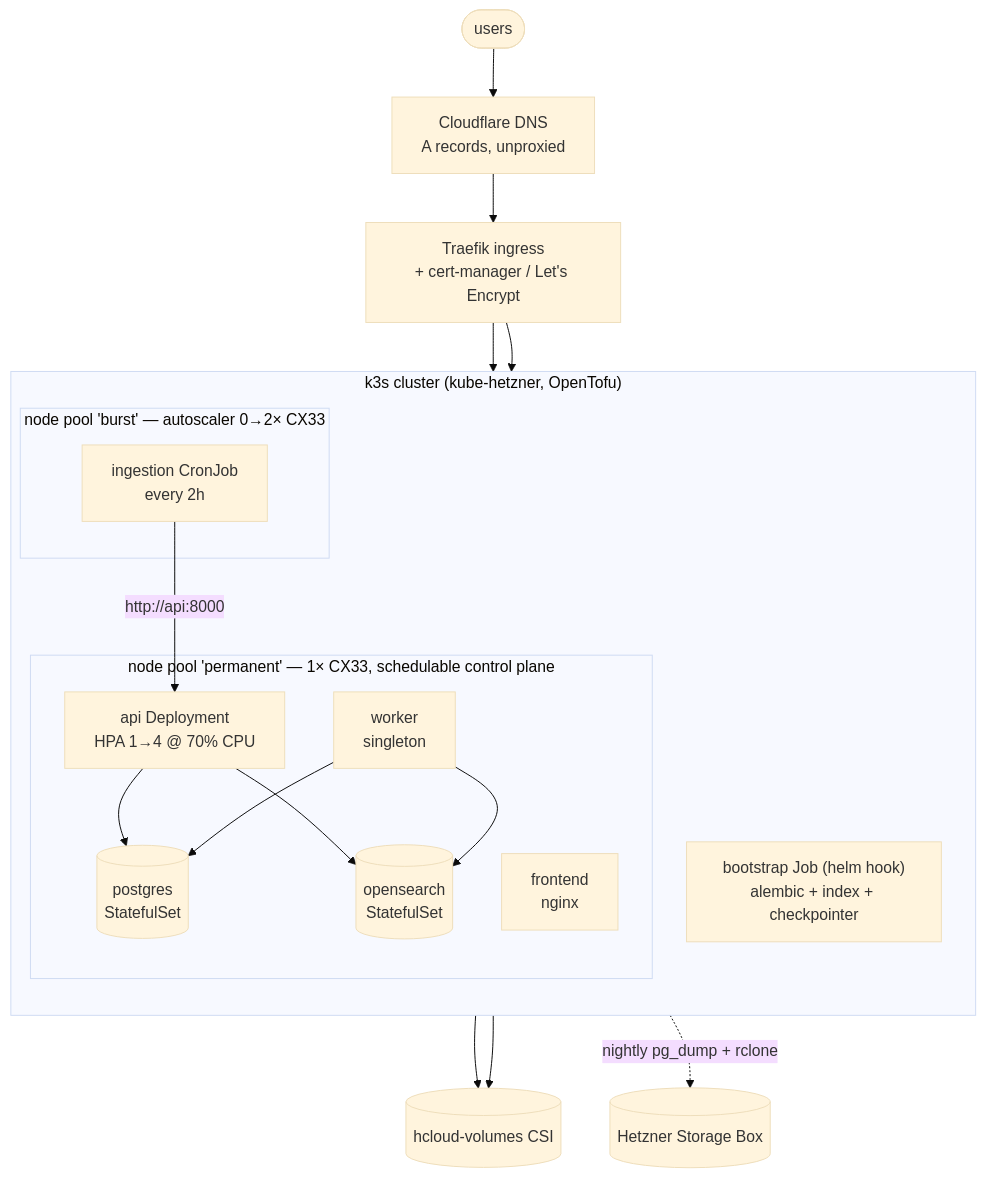
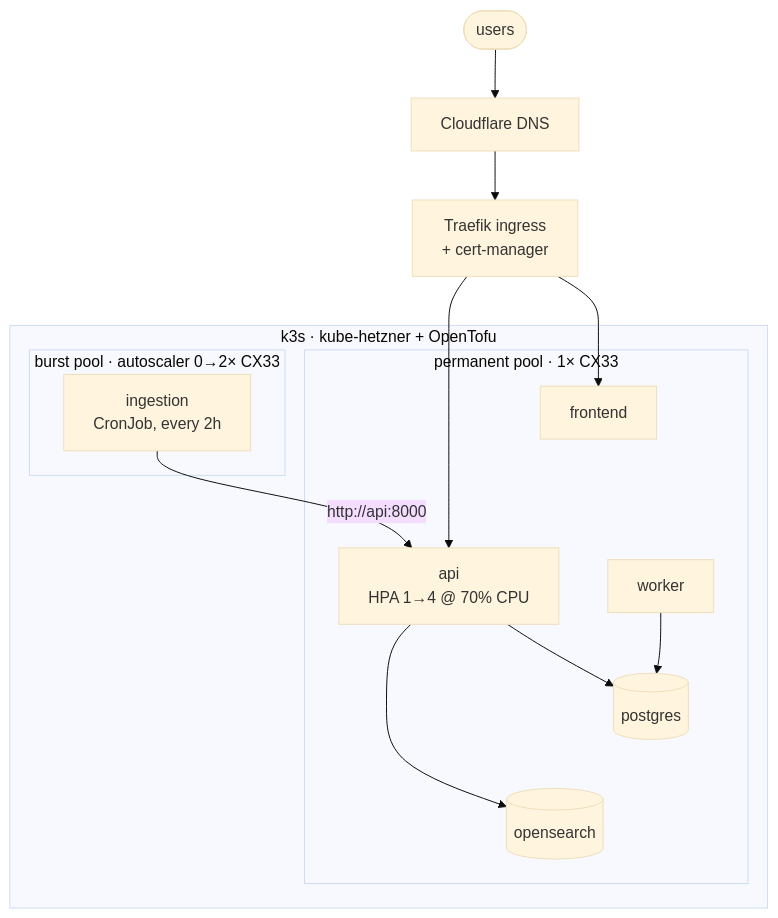
Before and after one commit to LorenzoSchiroli/jobstrainer: the sixth of 7 diagrams in README.md, drawn with Mermaid (base theme). The commit also changed other lines of this file, not shown here.

````diff
--- a/README.md
+++ b/README.md
@@ -231,31 +233,27 @@
 ```mermaid
 flowchart TB
-    U(["users"]) --> CF["Cloudflare DNS<br/>A records, unproxied"]
-    CF --> TR["Traefik ingress<br/>+ cert-manager / Let's Encrypt"]
+    U(["users"]) --> CF["Cloudflare DNS"]
+    CF --> TR["Traefik ingress<br/>+ cert-manager"]
 
-    subgraph K3S["k3s cluster (kube-hetzner, OpenTofu)"]
-        direction TB
-        subgraph PERM["node pool 'permanent' — 1× CX33, schedulable control plane"]
-            FEP["frontend<br/>nginx"]
-            APIP["api Deployment<br/>HPA 1→4 @ 70% CPU"]
-            WK["worker<br/>singleton"]
-            PGS[("postgres<br/>StatefulSet")]
-            OSS[("opensearch<br/>StatefulSet")]
+    subgraph K3S["k3s · kube-hetzner + OpenTofu"]
+        subgraph PERM["permanent pool · 1× CX33"]
+            FE["frontend"]
+            AP["api<br/>HPA 1→4 @ 70% CPU"]
+            WK["worker"]
+            PGS[("postgres")]
+            OSS[("opensearch")]
         end
-        subgraph BURST["node pool 'burst' — autoscaler 0→2× CX33"]
-            CJ["ingestion CronJob<br/>every 2h"]
+        subgraph BURST["burst pool · autoscaler 0→2× CX33"]
+            CJ["ingestion<br/>CronJob, every 2h"]
         end
-        BOOT["bootstrap Job (helm hook)<br/>alembic + index + checkpointer"]
     end
 
-    TR --> FEP
-    TR --> APIP
-    APIP --> PGS
-    APIP --> OSS
+    TR --> FE
+    TR --> AP
+    AP --> PGS
+    AP --> OSS
     WK --> PGS
-    WK --> OSS
-    CJ -->|"http://api:8000"| APIP
-    PGS --> HV[("hcloud-volumes CSI")]
-    OSS --> HV
-    WK -.->|"nightly pg_dump + rclone"| SBOX[("Hetzner Storage Box")]
+    CJ -->|"http://api:8000"| AP
+    FE ~~~ AP
+    PGS ~~~ OSS
 ```
````
